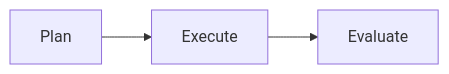
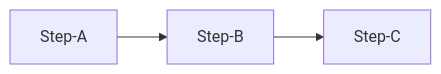
Before and after one commit to KatsuYuzu/marp-to-editable-pptx: the third of 4 diagrams in src/native-pptx/test-fixtures/pptx-export.md, drawn with Mermaid. The commit also changed other lines of this file and 7 other files, not shown here.

```diff
--- a/src/native-pptx/test-fixtures/pptx-export.md
+++ b/src/native-pptx/test-fixtures/pptx-export.md
@@ -651,4 +651,4 @@
 <div class="mermaid">
 flowchart LR
-  A[Plan] --> B[Execute] --> C[Evaluate]
+  A[Step-A] --> B[Step-B] --> C[Step-C]
 </div>
```
